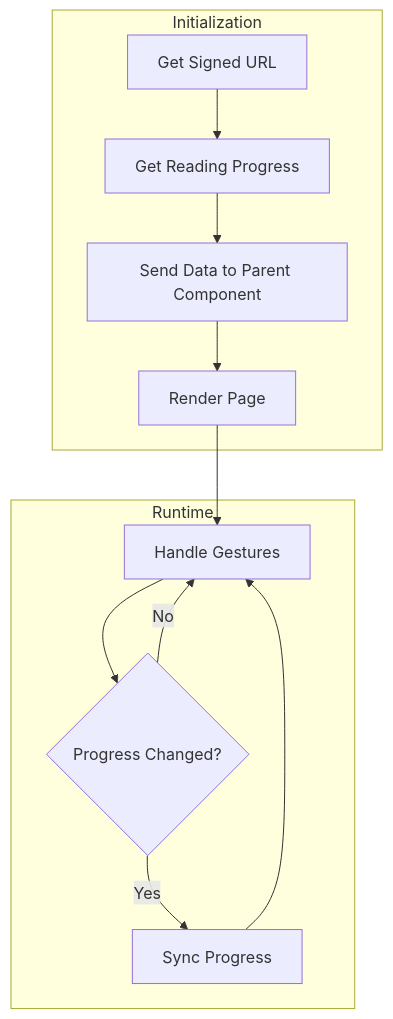
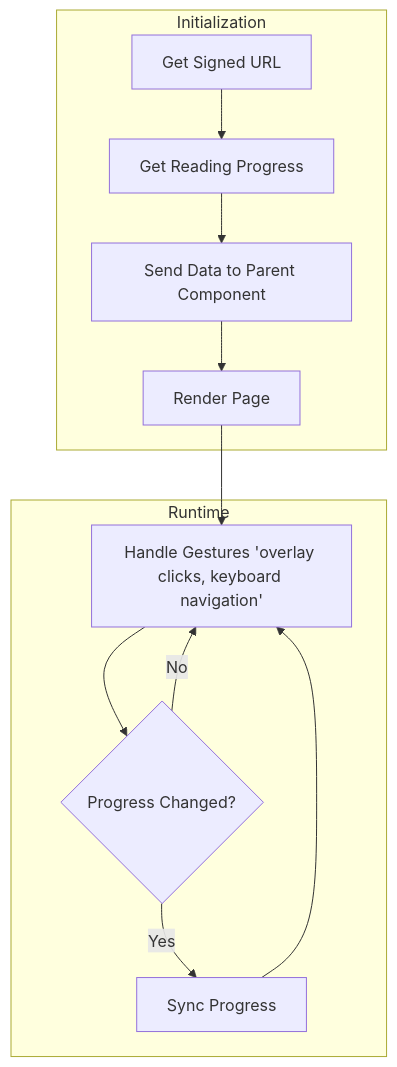
One commit to Calcifer077/lumina-reader changed the diagram in src/app/_docs/changes or fixes or concepts/PDF rendering.md. Above: the diagram before and after it, drawn with Mermaid. The commit also changed other lines of this file and 3 other files, not shown here.

````diff
--- a/src/app/_docs/changes or fixes or concepts/PDF rendering.md
+++ b/src/app/_docs/changes or fixes or concepts/PDF rendering.md
@@ -475,20 +432,20 @@
 ```mermaid
 flowchart TD
     subgraph Initialization
         A[Get Signed URL]
         B[Get Reading Progress]
         C[Send Data to Parent Component]
         D[Render Page]
         A --> B --> C --> D
     end
 
     subgraph Runtime
-        E[Handle Gestures]
+        E[Handle Gestures 'overlay clicks, keyboard navigation']
         F{Progress Changed?}
         G[Sync Progress]
         D --> E
         E --> F
         F -- Yes --> G --> E
         F -- No --> E
     end
 ```
````
